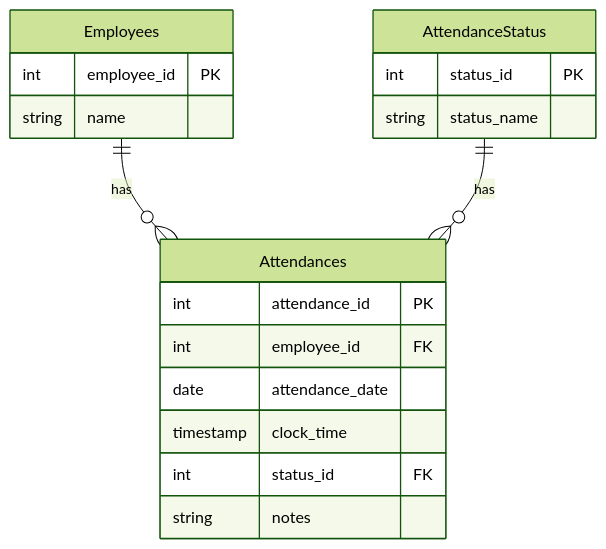
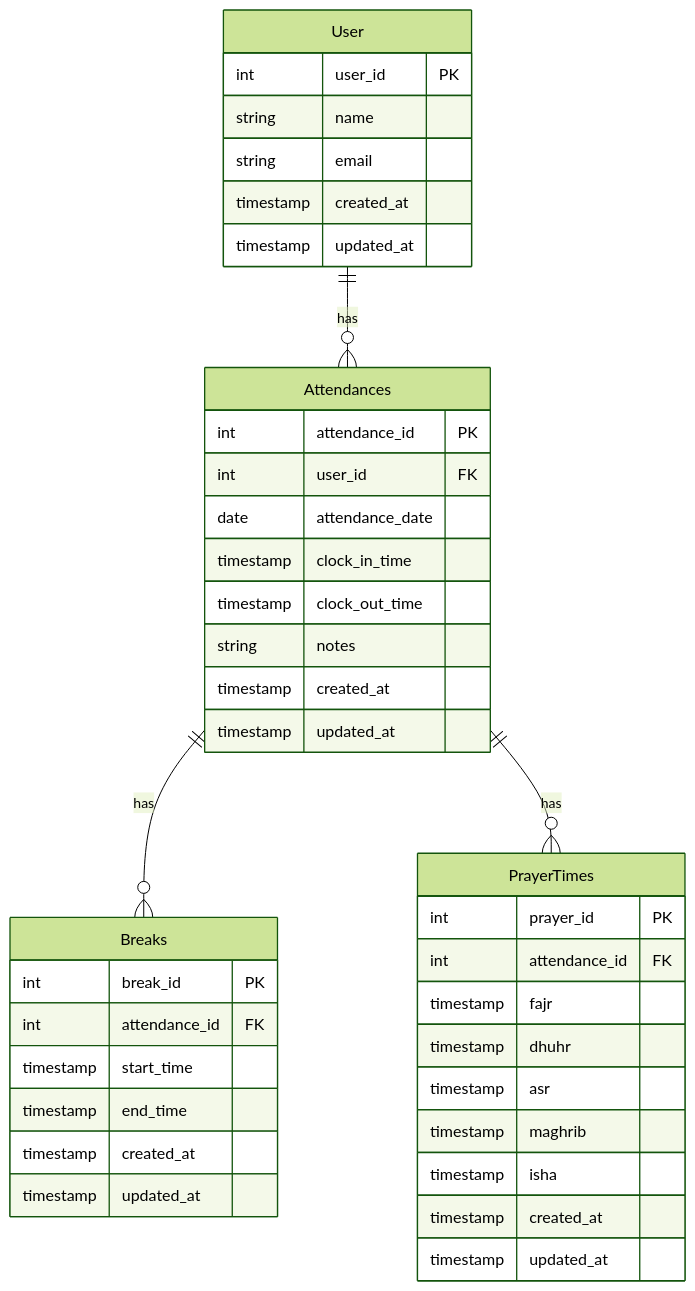
The diagram in samples/er.md (yoshimi-I/AttendanceApp), drawn with Mermaid (forest theme) before and after one commit.

Commit message:
fix: データベースのER図の変更

````diff
--- a/samples/er.md
+++ b/samples/er.md
@@ -1,24 +1,47 @@
 ```mermaid
 erDiagram
-    Employees ||--o{ Attendances : "has"
-    AttendanceStatus ||--o{ Attendances : "has"
-    
-    Employees {
-        int employee_id PK
+    User ||--o{ Attendances : "has"
+    Attendances ||--o{ Breaks : "has"
+    Attendances ||--o{ PrayerTimes : "has"
+
+    User {
+        int user_id PK
         string name
+        string email
+        timestamp created_at
+        timestamp updated_at
     }
-    
-    AttendanceStatus {
-        int status_id PK
-        string status_name
-    }
-    
+
     Attendances {
         int attendance_id PK
-        int employee_id FK
+        int user_id FK
         date attendance_date
-        timestamp clock_time
-        int status_id FK
+        timestamp clock_in_time
+        timestamp clock_out_time
         string notes
+        timestamp created_at
+        timestamp updated_at
     }
+
+    Breaks {
+        int break_id PK
+        int attendance_id FK
+        timestamp start_time
+        timestamp end_time
+        timestamp created_at
+        timestamp updated_at
+    }
+
+    PrayerTimes {
+        int prayer_id PK
+        int attendance_id FK
+        timestamp fajr
+        timestamp dhuhr
+        timestamp asr
+        timestamp maghrib
+        timestamp isha
+        timestamp created_at
+        timestamp updated_at
+    }
+
 ```
````
